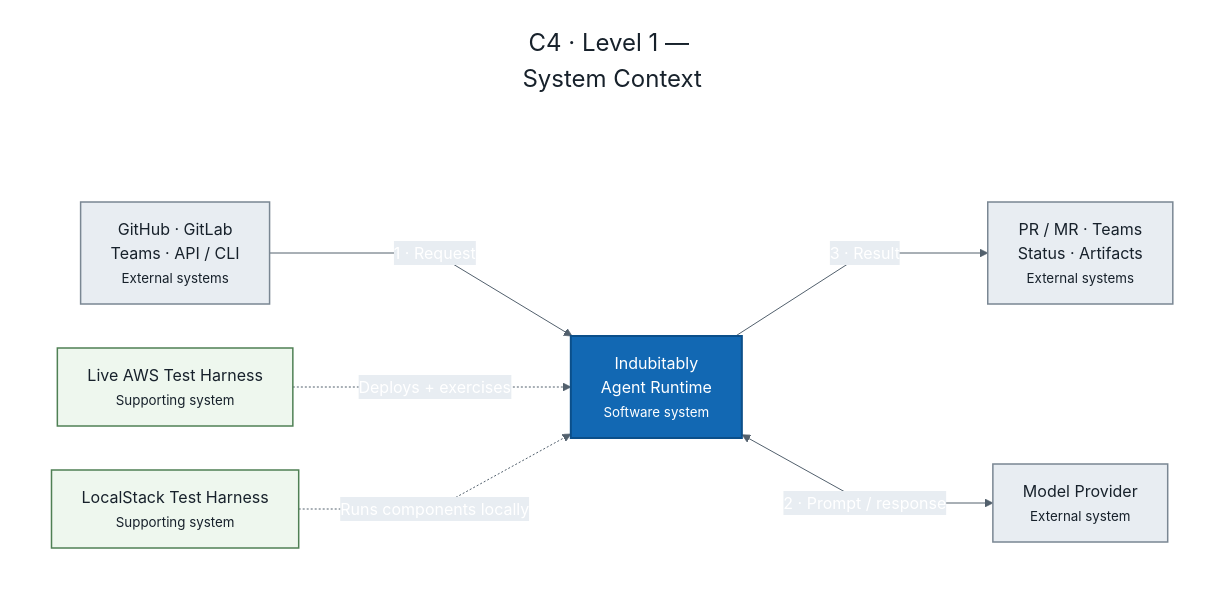
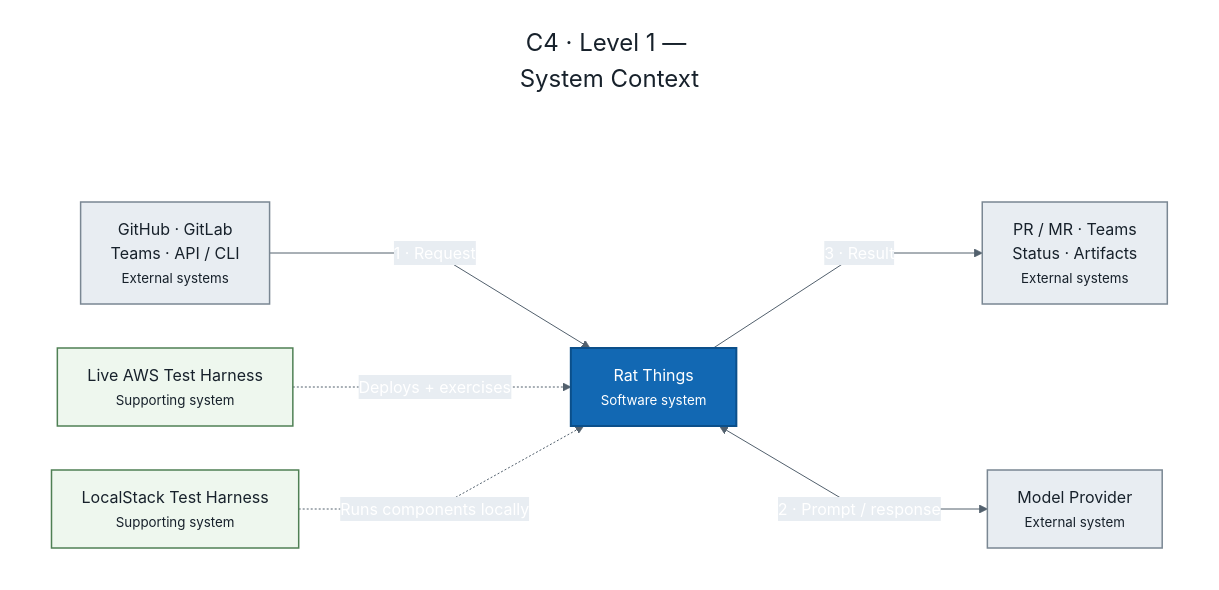
The diagram in docs/c4-system-context.mmd (gpazo/Rat-Things), drawn with Mermaid before and after one commit. The commit also changed 126 other files, not shown here.

Commit message:
feat: launch Rat Things Lambda MicroVM runtime

```diff
--- a/docs/c4-system-context.mmd
+++ b/docs/c4-system-context.mmd
@@ -1,31 +1,31 @@
 %%{init: {"theme":"base","themeVariables":{"fontFamily":"Arial, sans-serif","primaryColor":"#1268b3","primaryTextColor":"#ffffff","primaryBorderColor":"#0b4f8a","lineColor":"#52606d","secondaryColor":"#e8edf2","tertiaryColor":"#eef7ee","background":"#ffffff"},"themeCSS":".nodeLabel,.edgeLabel,.cluster-label{font-family:Arial,sans-serif!important}.edgeLabel p{color:#344250!important;background:#ffffff!important}","flowchart":{"curve":"linear","nodeSpacing":44,"rankSpacing":58}}}%%
 flowchart TB
     title["C4 · Level 1 — System Context"]
 
     subgraph canvas[" "]
         direction LR
         sources["GitHub · GitLab<br/>Teams · API / CLI<br/><small>External systems</small>"]
-        runtime["Indubitably<br/>Agent Runtime<br/><small>Software system</small>"]
+        runtime["Rat Things<br/><small>Software system</small>"]
         destinations["PR / MR · Teams<br/>Status · Artifacts<br/><small>External systems</small>"]
         model["Model Provider<br/><small>External system</small>"]
         awsTest["Live AWS Test Harness<br/><small>Supporting system</small>"]
         localTest["LocalStack Test Harness<br/><small>Supporting system</small>"]
 
         sources -->|1 · Request| runtime
         runtime -->|3 · Result| destinations
         runtime <-->|2 · Prompt / response| model
         awsTest -.->|Deploys + exercises| runtime
         localTest -.->|Runs components locally| runtime
     end
 
     title ~~~ runtime
 
     classDef title fill:transparent,color:#17212b,stroke:transparent,font-size:24px;
     classDef system fill:#1268b3,color:#ffffff,stroke:#0b4f8a,stroke-width:2px;
     classDef external fill:#e8edf2,color:#17212b,stroke:#7a8793,stroke-width:1.5px;
     classDef test fill:#eef7ee,color:#17212b,stroke:#4f8054,stroke-width:1.5px;
     class title title;
     class runtime system;
     class sources,destinations,model external;
     class awsTest,localTest test;
     style canvas fill:transparent,stroke:transparent;
```
